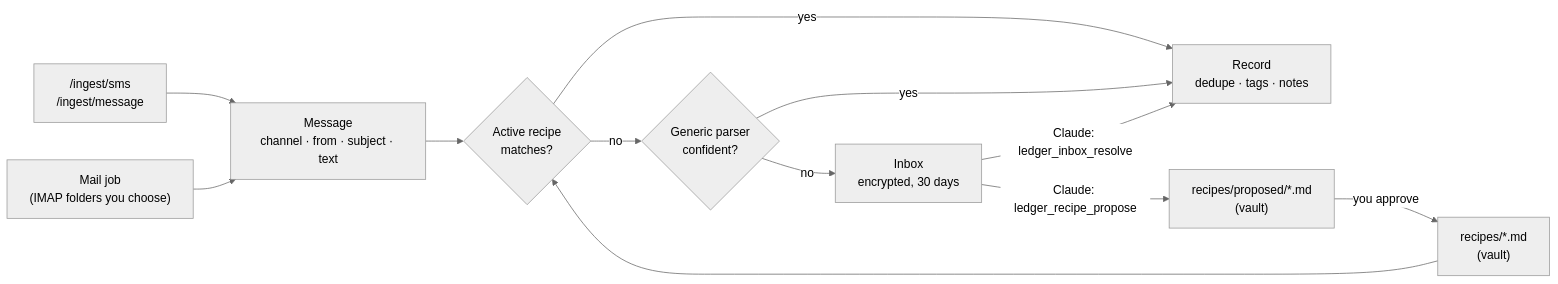
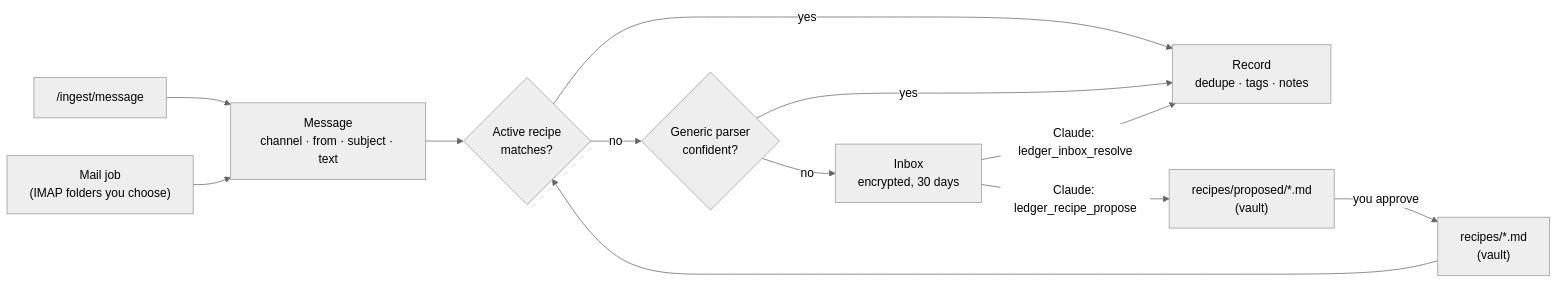
One commit to Hchanghyeon/memexhub changed the diagram in docs/recipes.md. Above: the diagram before and after it, drawn with Mermaid. The commit also changed other lines of this file and 28 other files, not shown here.

````diff
--- a/docs/recipes.md
+++ b/docs/recipes.md
@@ -17,15 +17,15 @@
 ```mermaid
 %%{init: {'theme':'neutral'}}%%
 flowchart LR
-  sms["/ingest/sms<br/>/ingest/message"] --> msg["Message<br/>channel · from · subject · text"]
+  sms["/ingest/message"] --> msg["Message<br/>channel · from · subject · text"]
   mail["Mail job<br/>(IMAP folders you choose)"] --> msg
   msg --> recipe{"Active recipe<br/>matches?"}
   recipe -->|yes| rec["Record<br/>dedupe · tags · notes"]
   recipe -->|no| generic{"Generic parser<br/>confident?"}
   generic -->|yes| rec
   generic -->|no| inbox["Inbox<br/>encrypted, 30 days"]
   inbox -->|Claude: ledger_inbox_resolve| rec
   inbox -->|Claude: ledger_recipe_propose| proposed["recipes/proposed/*.md<br/>(vault)"]
   proposed -->|you approve| active["recipes/*.md<br/>(vault)"]
   active --> recipe
 ```
````
